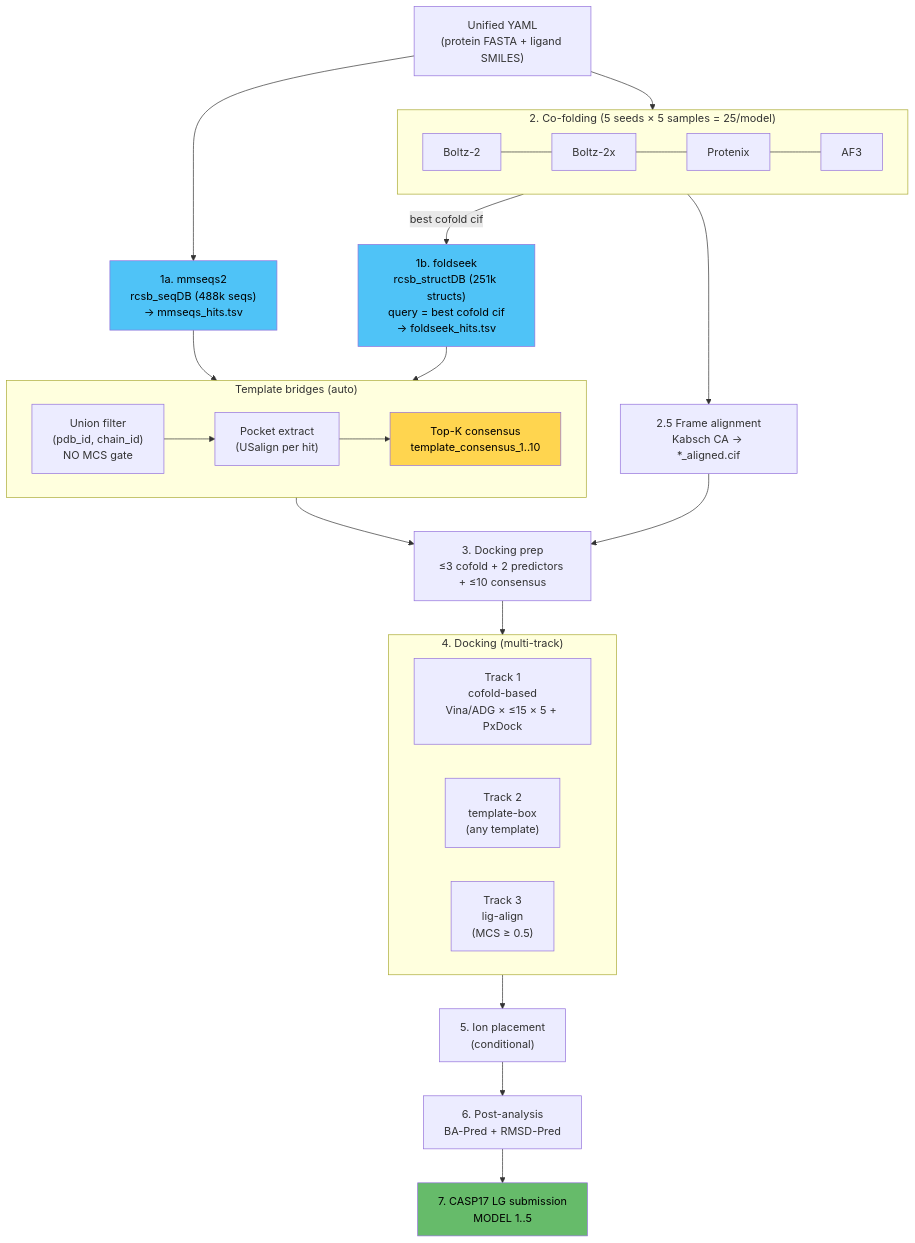
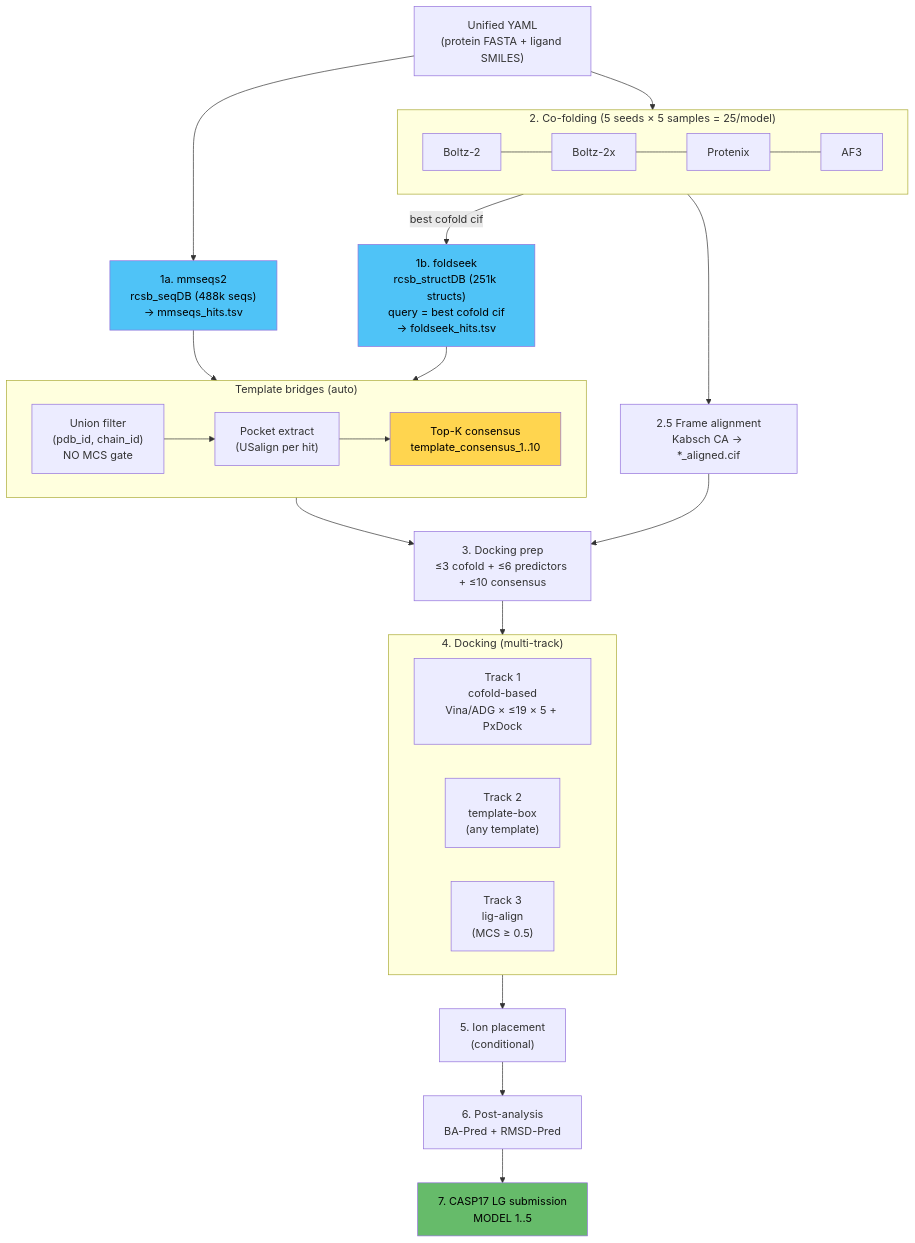
Before and after one commit to eightmm/mosaic-pl: the first of 4 diagrams in docs/pipeline.md, drawn with Mermaid. The commit also changed other lines of this file and 4 other files, not shown here.

````diff
--- a/docs/pipeline.md
+++ b/docs/pipeline.md
@@ -11,50 +11,50 @@
 ```mermaid
 flowchart TB
     INPUT["Unified YAML\n(protein FASTA + ligand SMILES)"]
 
     MM["1a. mmseqs2\nrcsb_seqDB (488k seqs)\n→ mmseqs_hits.tsv"]
 
     subgraph S2["2. Co-folding (5 seeds × 5 samples = 25/model)"]
         direction LR
         B2["Boltz-2"] --- B2X["Boltz-2x"] --- PTX["Protenix"] --- AF3["AF3"]
     end
 
     FS["1b. foldseek\nrcsb_structDB (251k structs)\nquery = best cofold cif\n→ foldseek_hits.tsv"]
 
     subgraph SB["Template bridges (auto)"]
         direction LR
         F1["Union filter\n(pdb_id, chain_id)\nNO MCS gate"] --> F2["Pocket extract\n(USalign per hit)"] --> F3["Top-K consensus\ntemplate_consensus_1..10"]
     end
 
     AL["2.5 Frame alignment\nKabsch CA → *_aligned.cif"]
-    PREP["3. Docking prep\n≤3 cofold + 2 predictors + ≤10 consensus"]
+    PREP["3. Docking prep\n≤3 cofold + ≤6 predictors + ≤10 consensus"]
 
     subgraph S5["4. Docking (multi-track)"]
         direction LR
-        T1["Track 1\ncofold-based\nVina/ADG × ≤15 × 5 + PxDock"]
+        T1["Track 1\ncofold-based\nVina/ADG × ≤19 × 5 + PxDock"]
         T2["Track 2\ntemplate-box\n(any template)"]
         T3["Track 3\nlig-align\n(MCS ≥ 0.5)"]
     end
 
     ION["5. Ion placement\n(conditional)"]
     POST["6. Post-analysis\nBA-Pred + RMSD-Pred"]
     LG["7. CASP17 LG submission\nMODEL 1..5"]
 
     INPUT --> MM
     INPUT --> S2
     S2 -->|"best cofold cif"| FS
     MM --> SB
     FS --> SB
     S2 --> AL
     SB --> PREP
     AL --> PREP
     PREP --> S5
     S5 --> ION
     ION --> POST
     POST --> LG
 
     style MM fill:#4fc3f7,color:#000
     style FS fill:#4fc3f7,color:#000
     style F3 fill:#ffd54f,color:#000
     style LG fill:#66bb6a,color:#000
 ```
````
